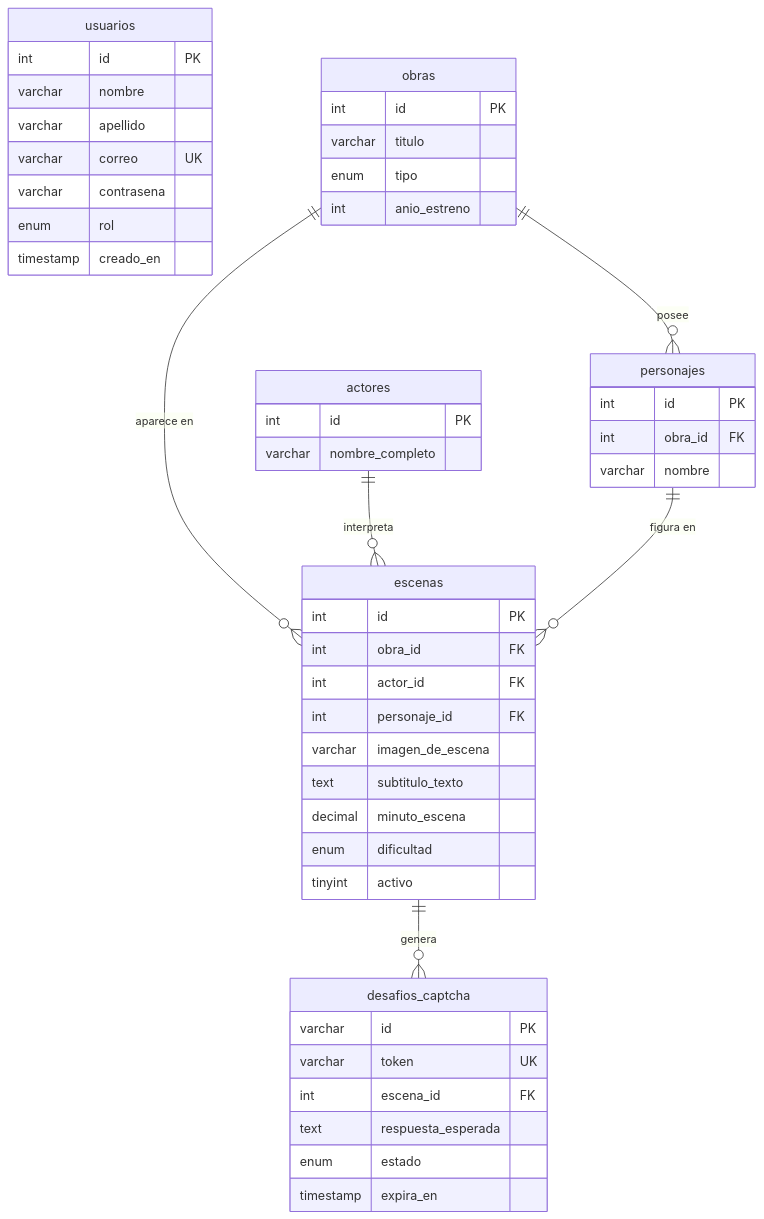
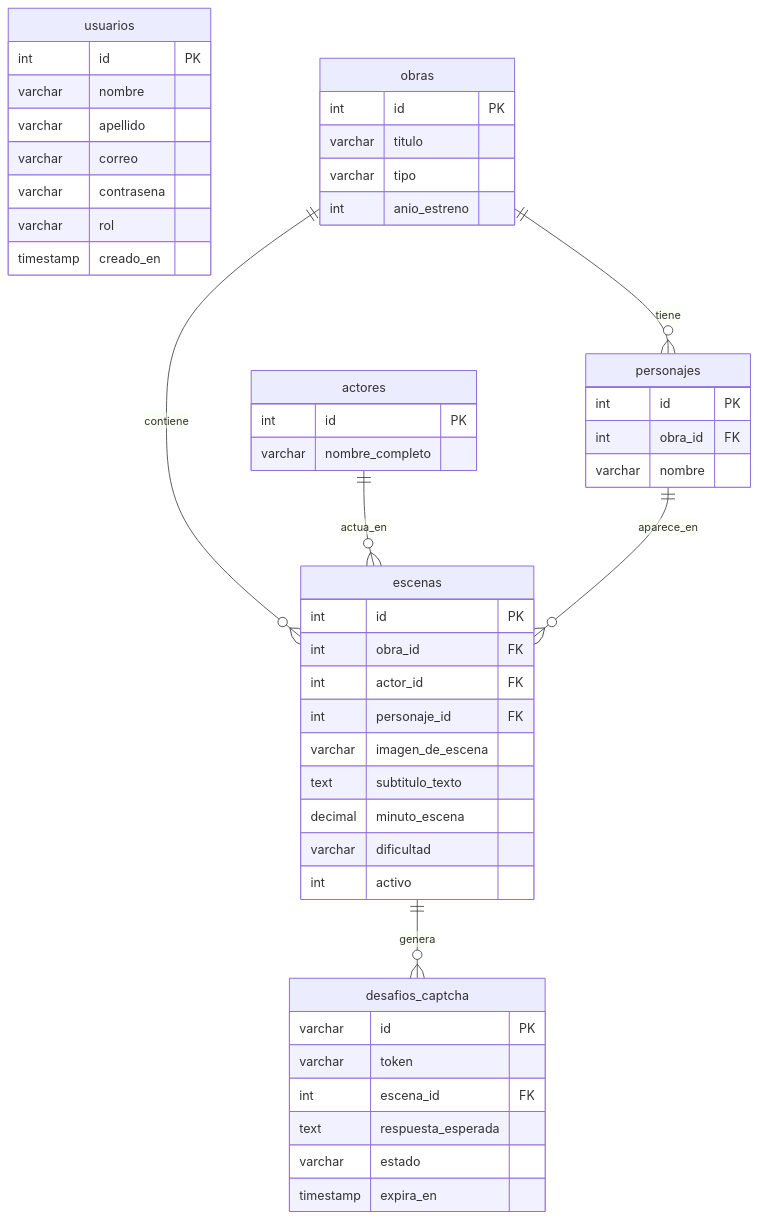
Before and after one commit to DevKpi/API-Media: the diagram in README.md, drawn with Mermaid. The commit also changed 1 other file, not shown here.

Commit message:
fix(docs): corregir sintaxis de diagrama Mermaid para compatibilidad con renderizadores de GitHub

````diff
--- a/README.md
+++ b/README.md
@@ -35,57 +35,57 @@
 ```mermaid
 erDiagram
     usuarios {
         int id PK
         varchar nombre
         varchar apellido
-        varchar correo UK
+        varchar correo
         varchar contrasena
-        enum rol
+        varchar rol
         timestamp creado_en
     }
 
     obras {
         int id PK
         varchar titulo
-        enum tipo
+        varchar tipo
         int anio_estreno
     }
 
     actores {
         int id PK
         varchar nombre_completo
     }
 
     personajes {
         int id PK
         int obra_id FK
         varchar nombre
     }
 
     escenas {
         int id PK
         int obra_id FK
         int actor_id FK
         int personaje_id FK
         varchar imagen_de_escena
         text subtitulo_texto
         decimal minuto_escena
-        enum dificultad
-        tinyint activo
+        varchar dificultad
+        int activo
     }
 
     desafios_captcha {
         varchar id PK
-        varchar token UK
+        varchar token
         int escena_id FK
         text respuesta_esperada
-        enum estado
+        varchar estado
         timestamp expira_en
     }
 
-    obras ||--o{ personajes : "posee"
-    obras ||--o{ escenas : "aparece en"
-    actores ||--o{ escenas : "interpreta"
-    personajes ||--o{ escenas : "figura en"
-    escenas ||--o{ desafios_captcha : "genera"
+    obras ||--o{ personajes : tiene
+    obras ||--o{ escenas : contiene
+    actores ||--o{ escenas : actua_en
+    personajes ||--o{ escenas : aparece_en
+    escenas ||--o{ desafios_captcha : genera
 ```
````
